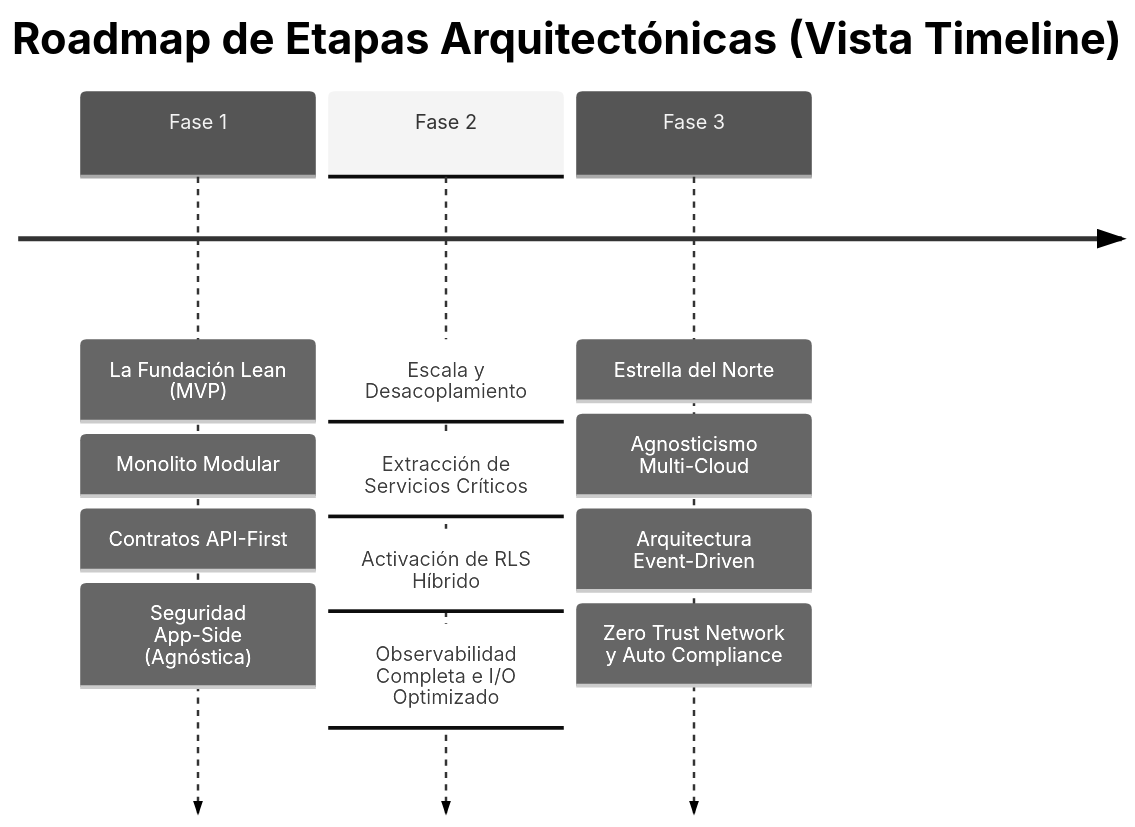
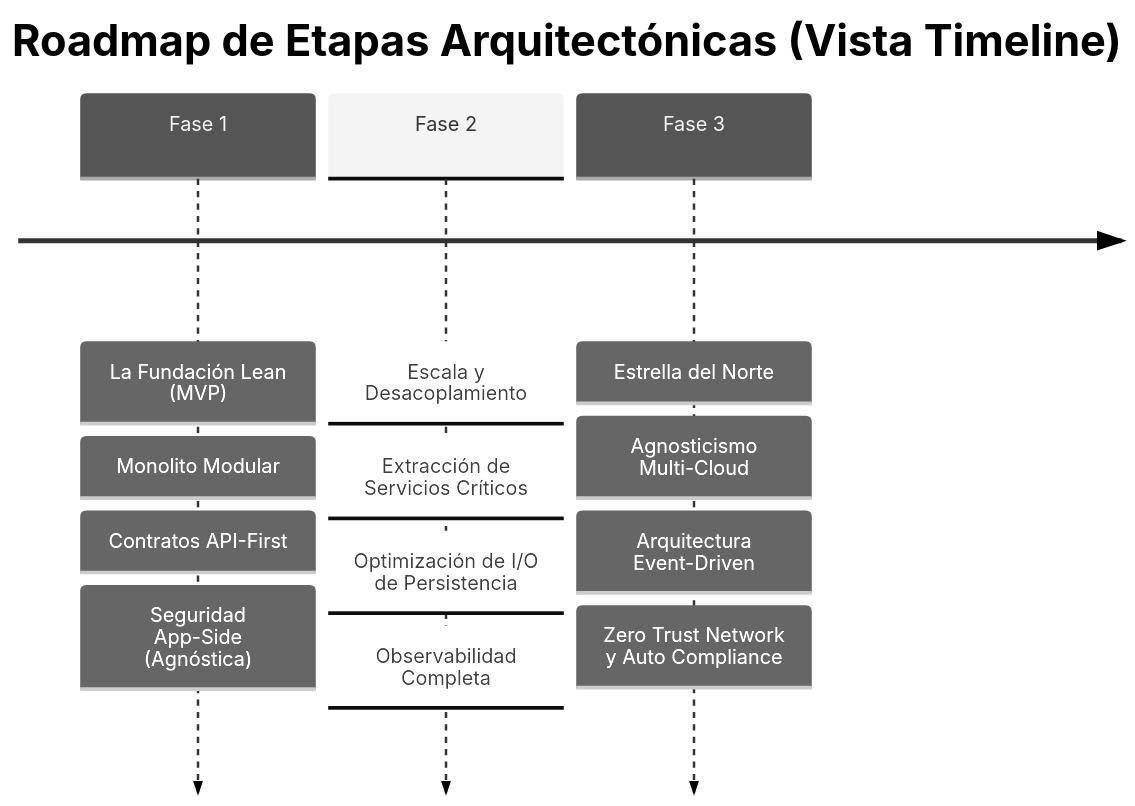
Before and after one commit to unimar-peru/unimar-arch-vendors: the diagram in estandar/reference/governance/standards/vision/roadmap-estrategia-evolutiva.es.md, drawn with Mermaid (neutral theme). The commit also changed other lines of this file and 6 other files, not shown here.

````diff
--- a/estandar/reference/governance/standards/vision/roadmap-estrategia-evolutiva.es.md
+++ b/estandar/reference/governance/standards/vision/roadmap-estrategia-evolutiva.es.md
@@ -27,7 +27,7 @@
 ```mermaid
 timeline
  title Roadmap de Etapas Arquitectónicas (Vista Timeline)
  Fase 1 : La Fundación Lean (MVP) : Monolito Modular : Contratos API-First : Seguridad App-Side (Agnóstica)
- Fase 2 : Escala y Desacoplamiento : Extracción de Servicios Críticos : Activación de RLS Híbrido : Observabilidad Completa e I/O Optimizado
+ Fase 2 : Escala y Desacoplamiento : Extracción de Servicios Críticos : Optimización de I/O de Persistencia : Observabilidad Completa
  Fase 3 : Estrella del Norte : Agnosticismo Multi-Cloud : Arquitectura Event-Driven : Zero Trust Network y Auto Compliance
 ```
````
